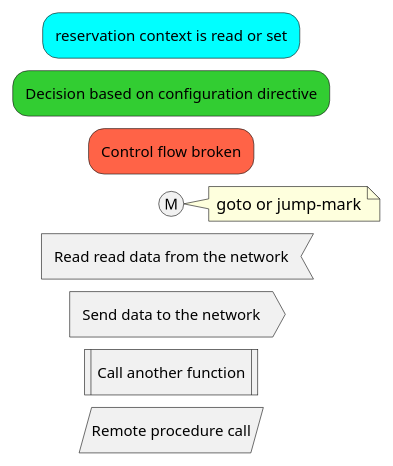
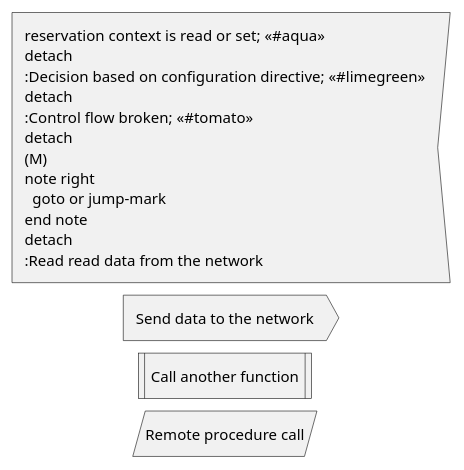
The diagram in docs/manuals/source/DeveloperGuide/reservation/legend.puml (bareos/bareos), drawn with PlantUML before and after one commit. The commit also changed other lines of this file and 4 other files, not shown here.

```diff
--- a/docs/manuals/source/DeveloperGuide/reservation/legend.puml
+++ b/docs/manuals/source/DeveloperGuide/reservation/legend.puml
@@ -4,21 +1,21 @@
-  @startuml
-  #aqua:reservation context is read or set;
-  detach
-  #limegreen:Decision based on configuration directive;
-  detach
-  #tomato:Control flow broken;
-  detach
-  (M)
-  note right
-    goto or jump-mark
-  end note
-  detach
-  :Read read data from the network<
-  detach
-  :Send data to the network>
-  detach
-  :Call another function|
-  detach
-  :Remote procedure call/
+@startuml
+:reservation context is read or set; <<#aqua>>
+detach
+:Decision based on configuration directive; <<#limegreen>>
+detach
+:Control flow broken; <<#tomato>>
+detach
+(M)
+note right
+  goto or jump-mark
+end note
+detach
+:Read read data from the network; <<input>>
+detach
+:Send data to the network; <<output>>
+detach
+:Call another function; <<procedure>>
+detach
+:Remote procedure call; <<save>>
 
-  @enduml
+@enduml
```
